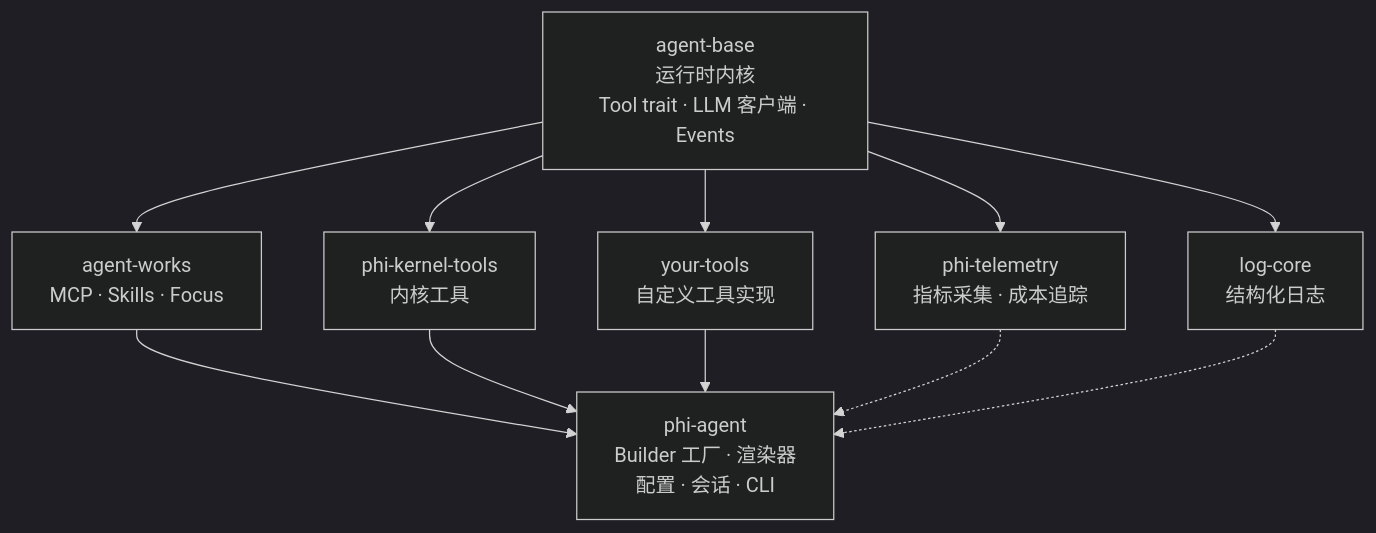
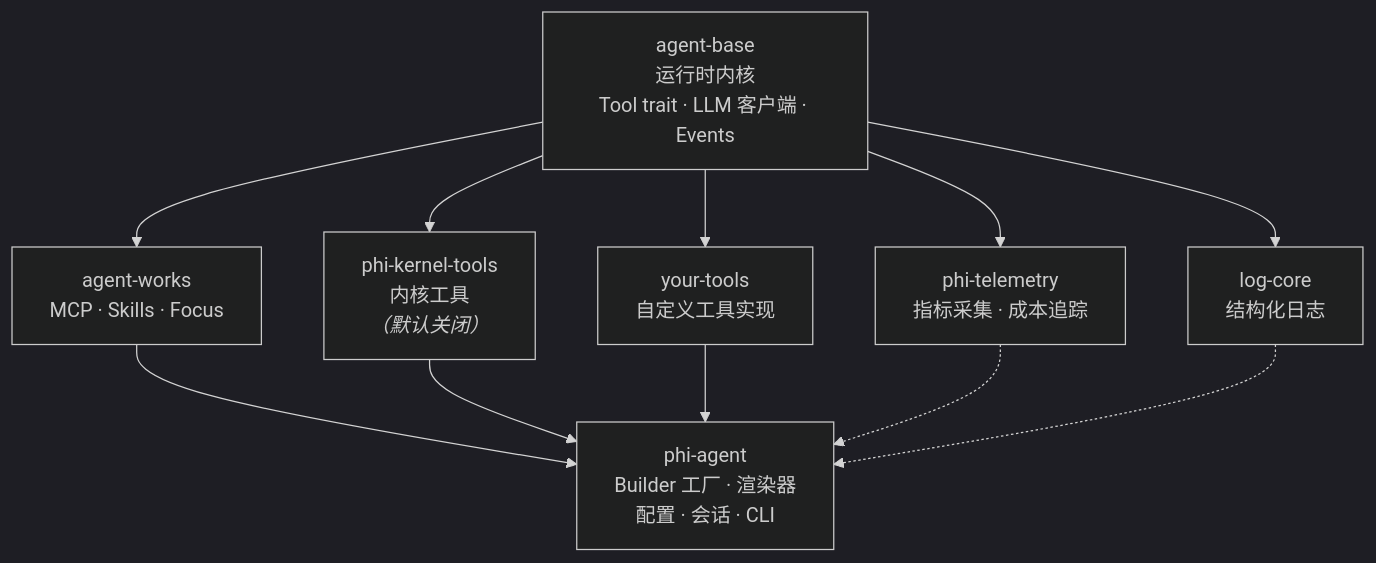
One commit to chenkangzeng1/agent-base changed the diagram in docs/zh/guide/concepts/architecture.md. Above: the diagram before and after it, drawn with Mermaid (dark theme). The commit also changed other lines of this file and 25 other files, not shown here.

First line of the commit message:
feat: make kernel tools off by default

````diff
--- a/docs/zh/guide/concepts/architecture.md
+++ b/docs/zh/guide/concepts/architecture.md
@@ -24,18 +24,18 @@
 ```mermaid
 graph TB
     AB[agent-base<br/>运行时内核<br/>Tool trait · LLM 客户端 · Events]
 
     AB --> AW[agent-works<br/>MCP · Skills · Focus]
-    AB --> PKT[phi-kernel-tools<br/>内核工具]
+    AB --> PKT[phi-kernel-tools<br/>内核工具<br/><i>（默认关闭）</i>]
     AB --> YT[your-tools<br/>自定义工具实现]
     AB --> PTEL[phi-telemetry<br/>指标采集 · 成本追踪]
     AB --> LOG[log-core<br/>结构化日志]
 
     AW --> PA
     PKT --> PA
     YT --> PA
     PTEL -.-> PA
     LOG -.-> PA
 
     PA[phi-agent<br/>Builder 工厂 · 渲染器<br/>配置 · 会话 · CLI]
 ```
````
